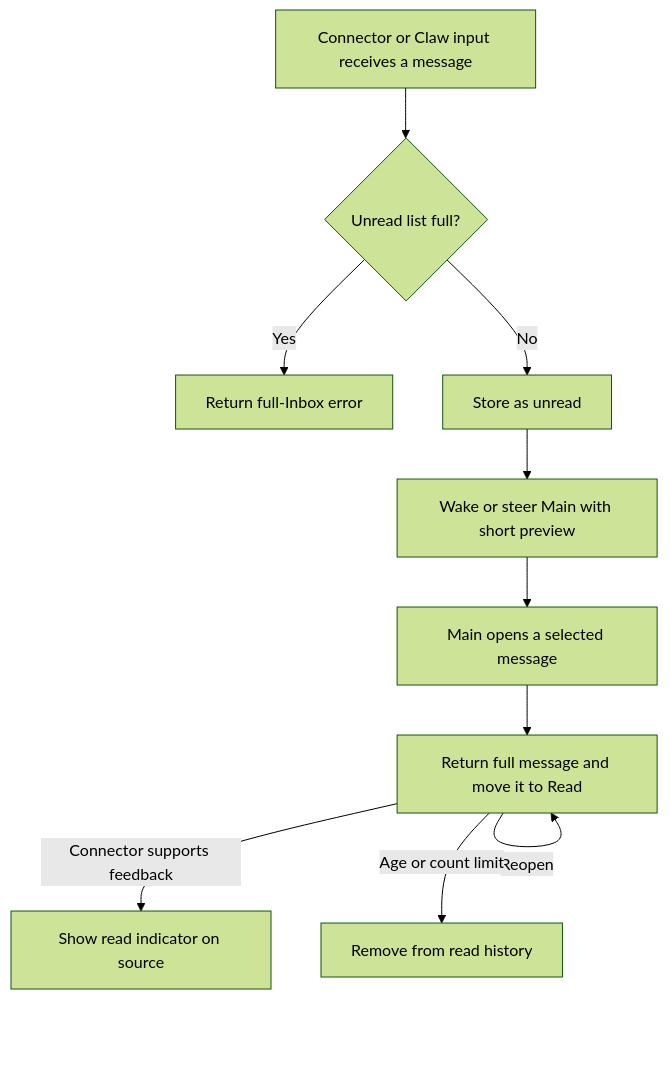
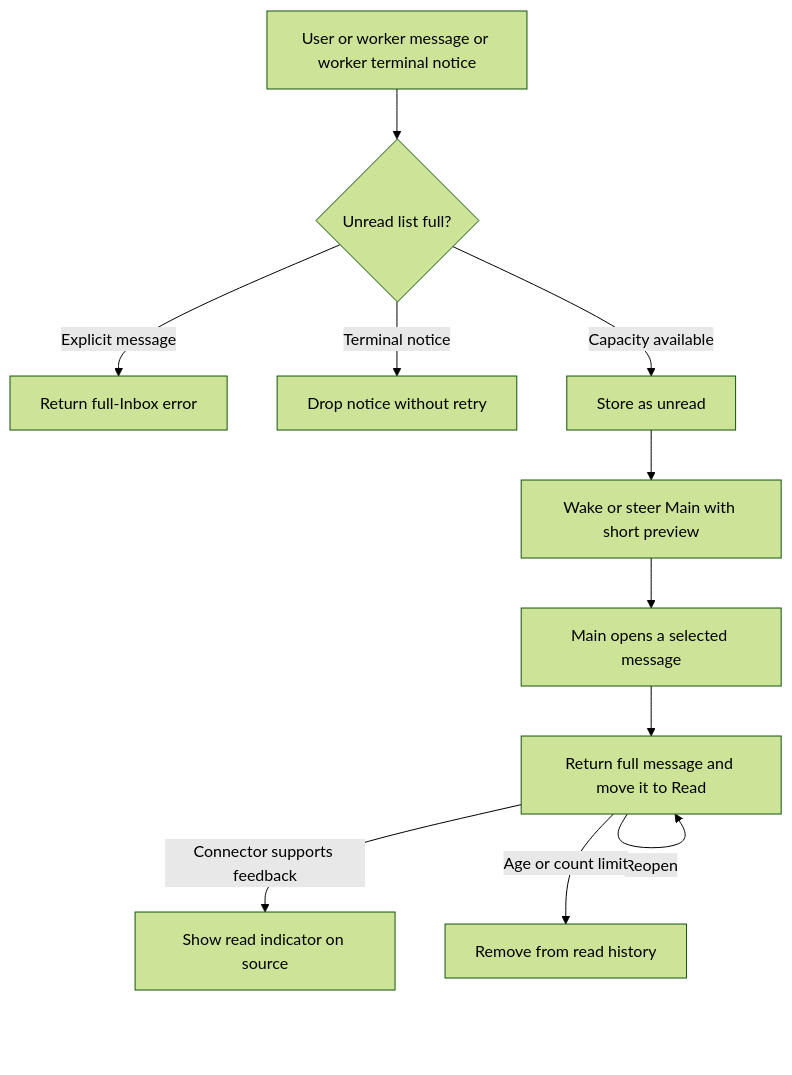
Before and after one commit to Wh1isper/a13n-claw: the diagram in spec/01-inbox.md, drawn with Mermaid (forest theme). The commit also changed other lines of this file and 5 other files, not shown here.

````diff
--- a/spec/01-inbox.md
+++ b/spec/01-inbox.md
@@ -21,12 +23,13 @@
 ```mermaid
 flowchart TD
-    Incoming[Connector or Claw input receives a message] --> Check{Unread list full?}
-    Check -->|Yes| Reject[Return full-Inbox error]
-    Check -->|No| Unread[Store as unread]
+    Incoming[User or worker message or worker terminal notice] --> Check{Unread list full?}
+    Check -->|Explicit message| Reject[Return full-Inbox error]
+    Check -->|Terminal notice| Drop[Drop notice without retry]
+    Check -->|Capacity available| Unread[Store as unread]
     Unread --> Preview[Wake or steer Main with short preview]
     Preview --> Open[Main opens a selected message]
     Open --> Read[Return full message and move it to Read]
     Read -->|Connector supports feedback| Feedback[Show read indicator on source]
     Read -->|Reopen| Read
     Read -->|Age or count limit| Prune[Remove from read history]
 ```
````
